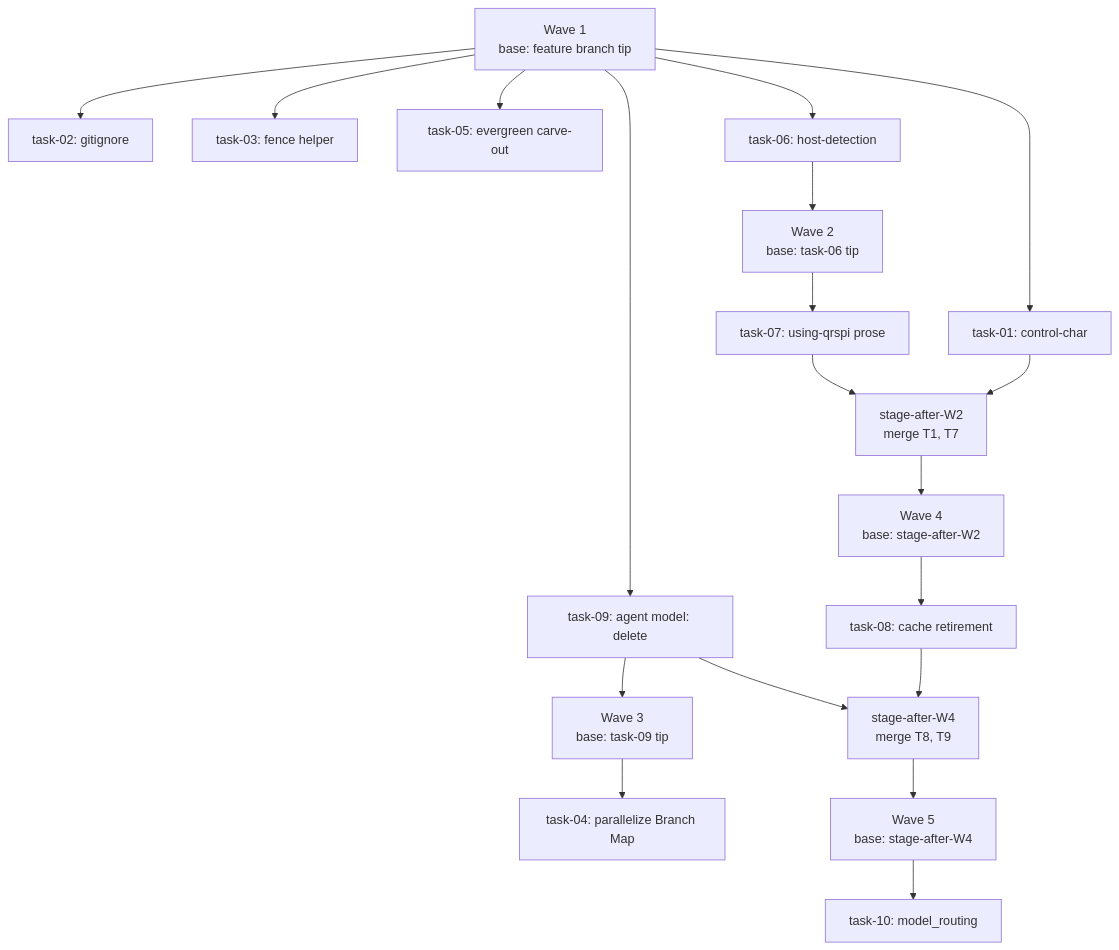
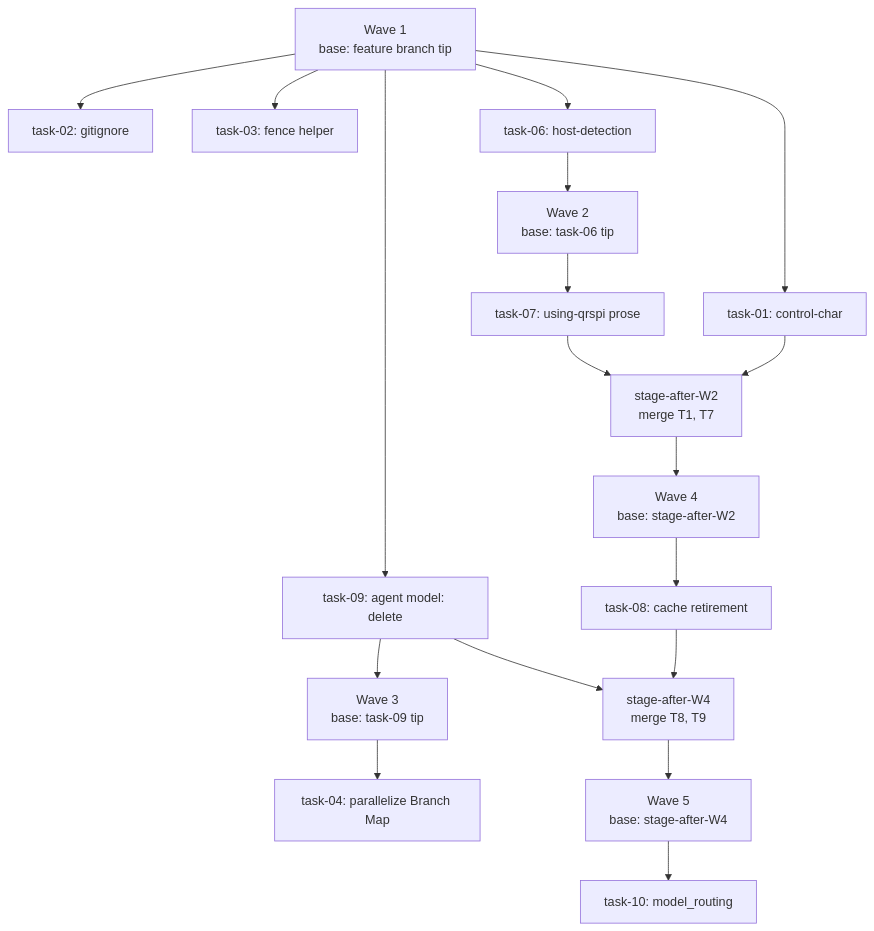
Before and after one commit to dfrysinger/qrspi-plus: the diagram in docs/qrspi/2026-05-27-v071-hardening/parallelization.md, drawn with Mermaid. The commit also changed other lines of this file and 4 other files, not shown here.

````diff
--- a/docs/qrspi/2026-05-27-v071-hardening/parallelization.md
+++ b/docs/qrspi/2026-05-27-v071-hardening/parallelization.md
@@ -88,26 +87,25 @@
 ```mermaid
 graph TD
   W1[Wave 1<br/>base: feature branch tip]
   W1 --> T1[task-01: control-char]
   W1 --> T2[task-02: gitignore]
   W1 --> T3[task-03: fence helper]
-  W1 --> T5[task-05: evergreen carve-out]
   W1 --> T6[task-06: host-detection]
   W1 --> T9[task-09: agent model: delete]
 
   T6 --> W2[Wave 2<br/>base: task-06 tip]
   W2 --> T7[task-07: using-qrspi prose]
 
   T9 --> W3[Wave 3<br/>base: task-09 tip]
   W3 --> T4[task-04: parallelize Branch Map]
 
   T1 --> S2[stage-after-W2<br/>merge T1, T7]
   T7 --> S2
   S2 --> W4[Wave 4<br/>base: stage-after-W2]
   W4 --> T8[task-08: cache retirement]
 
   T8 --> S4[stage-after-W4<br/>merge T8, T9]
   T9 --> S4
   S4 --> W5[Wave 5<br/>base: stage-after-W4]
   W5 --> T10[task-10: model_routing]
 ```
````
